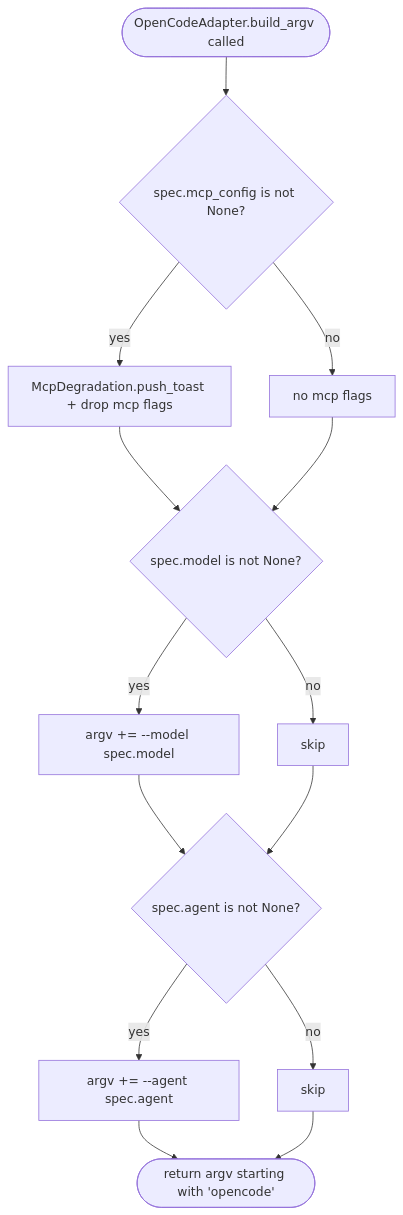
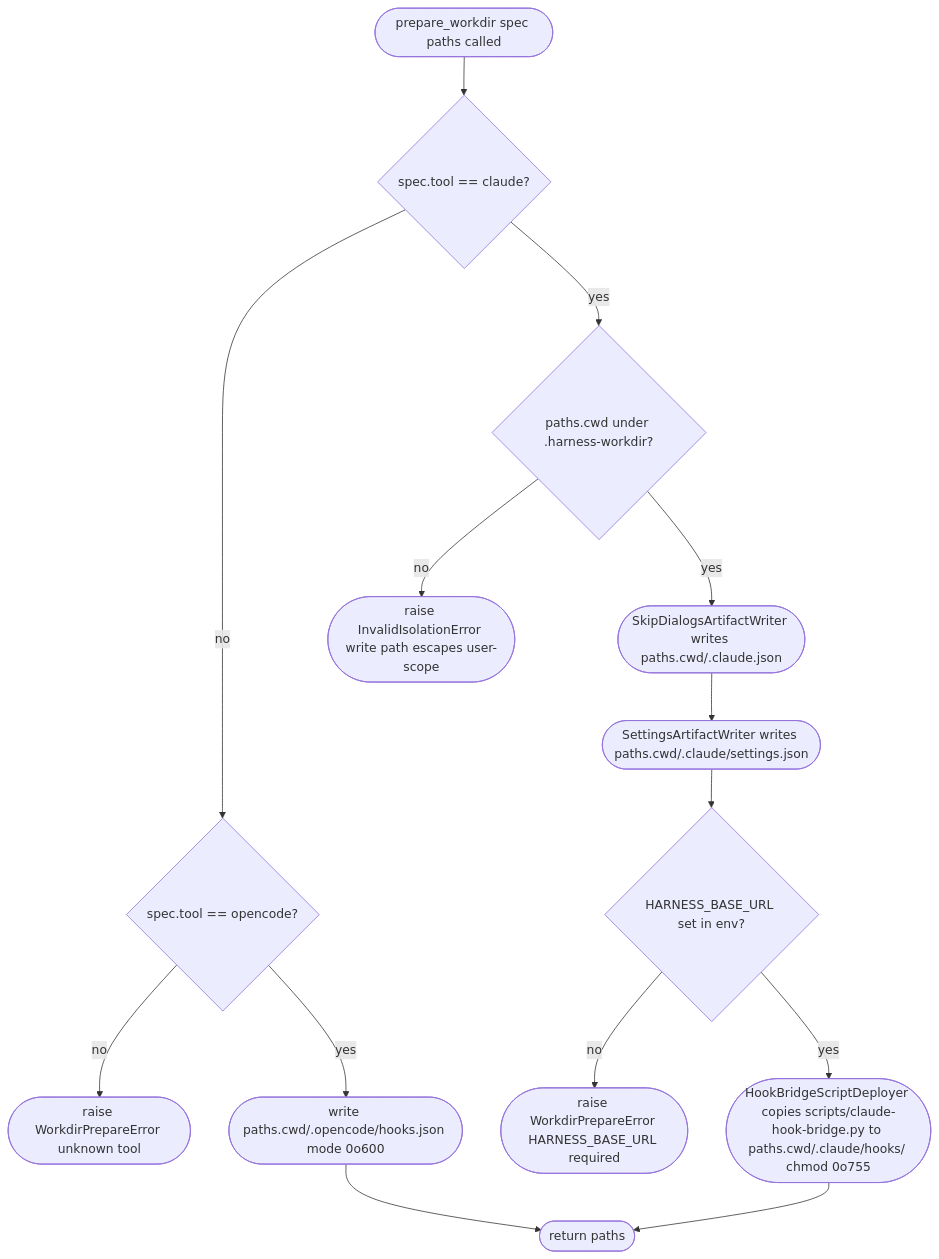
Before and after one commit to suriyel/Eva: the fourth of 4 diagrams in docs/features/18-f18-bk-adapter-agent-adapter-hil-pipelin.md, drawn with Mermaid. The commit also changed other lines of this file and 2 other files, not shown here.

Commit message:
design: feature #18 f18-bk-adapter-agent-adapter-hil-pipeline — current.phase → tdd

````diff
--- a/docs/features/18-f18-bk-adapter-agent-adapter-hil-pipelin.md
+++ b/docs/features/18-f18-bk-adapter-agent-adapter-hil-pipelin.md
@@ -258,16 +275,15 @@
 ```mermaid
 flowchart TD
-    Start([OpenCodeAdapter.build_argv called]) --> CheckMcp{spec.mcp_config is not None?}
-    CheckMcp -->|yes| McpDegrade[McpDegradation.push_toast + drop mcp flags]
-    CheckMcp -->|no| NoMcp[no mcp flags]
-    McpDegrade --> CheckModel{spec.model is not None?}
-    NoMcp --> CheckModel
-    CheckModel -->|yes| AddModel[argv += --model spec.model]
-    CheckModel -->|no| SkipModel[skip]
-    AddModel --> CheckAgent{spec.agent is not None?}
-    SkipModel --> CheckAgent
-    CheckAgent -->|yes| AddAgent[argv += --agent spec.agent]
-    CheckAgent -->|no| SkipAgent[skip]
-    AddAgent --> Return([return argv starting with 'opencode'])
-    SkipAgent --> Return
+    Start([prepare_workdir spec paths called]) --> CheckTool{spec.tool == claude?}
+    CheckTool -->|no| OpenCodeBranch{spec.tool == opencode?}
+    OpenCodeBranch -->|no| RaiseUnknown([raise WorkdirPrepareError unknown tool])
+    OpenCodeBranch -->|yes| WriteOpenCodeHooks([write paths.cwd/.opencode/hooks.json mode 0o600]) --> ReturnPaths
+    CheckTool -->|yes| CheckEscape{paths.cwd under .harness-workdir?}
+    CheckEscape -->|no| RaiseIsolation([raise InvalidIsolationError write path escapes user-scope])
+    CheckEscape -->|yes| WriteSkipDialogs([SkipDialogsArtifactWriter writes paths.cwd/.claude.json]) --> WriteSettings
+    WriteSettings([SettingsArtifactWriter writes paths.cwd/.claude/settings.json])
+    WriteSettings --> DeployBridge{HARNESS_BASE_URL set in env?}
+    DeployBridge -->|no| RaisePrepareError([raise WorkdirPrepareError HARNESS_BASE_URL required])
+    DeployBridge -->|yes| CopyBridge([HookBridgeScriptDeployer copies scripts/claude-hook-bridge.py to paths.cwd/.claude/hooks/ chmod 0o755]) --> ReturnPaths
+    ReturnPaths([return paths])
 ```
````
